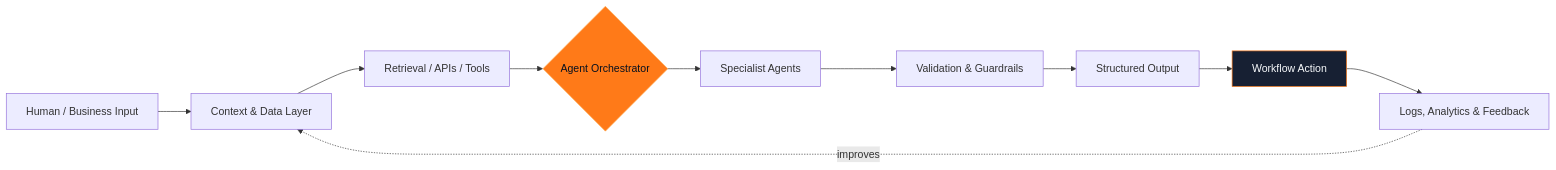
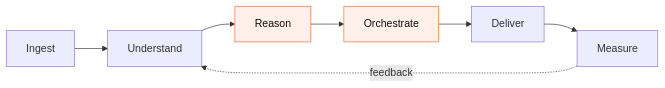
The diagram in README.md (starker111/starker111), drawn with Mermaid before and after one commit. The commit also changed other lines of this file and 23 other files, not shown here.

````diff
--- a/README.md
+++ b/README.md
@@ -67,15 +52,8 @@
 ```mermaid
 flowchart LR
-    A["Human / Business Input"] --> B["Context & Data Layer"]
-    B --> C["Retrieval / APIs / Tools"]
-    C --> D{"Agent Orchestrator"}
-    D --> E["Specialist Agents"]
-    E --> F["Validation & Guardrails"]
-    F --> G["Structured Output"]
-    G --> H["Workflow Action"]
-    H --> I["Logs, Analytics & Feedback"]
-    I -. improves .-> B
-
-    style D fill:#ff7a18,stroke:#ffb15c,color:#08111f
-    style H fill:#172033,stroke:#ff7a18,color:#f8fafc
+    A["Ingest"] --> B["Understand"] --> C["Reason"]
+    C --> D["Orchestrate"] --> E["Deliver"] --> F["Measure"]
+    F -. feedback .-> B
+    style C fill:#FFF0EA,stroke:#FF6B35,color:#111114
+    style D fill:#FFF0EA,stroke:#FF6B35,color:#111114
 ```
````
